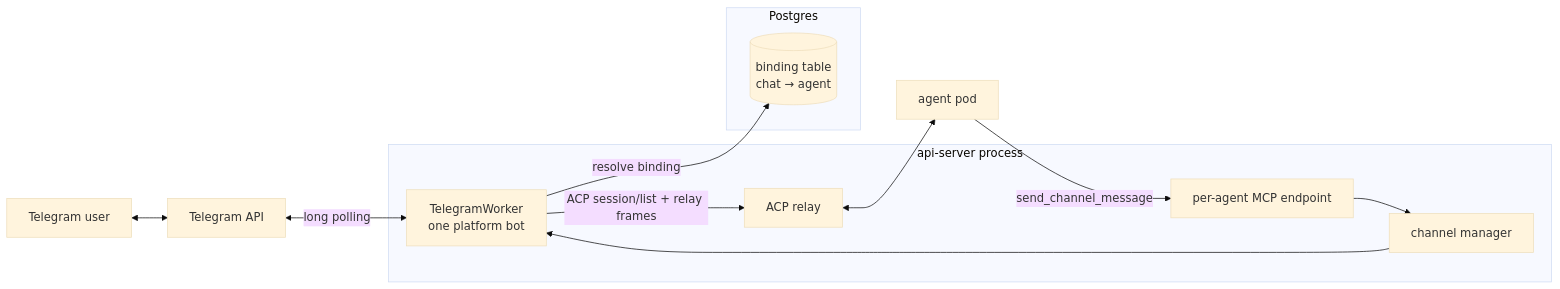
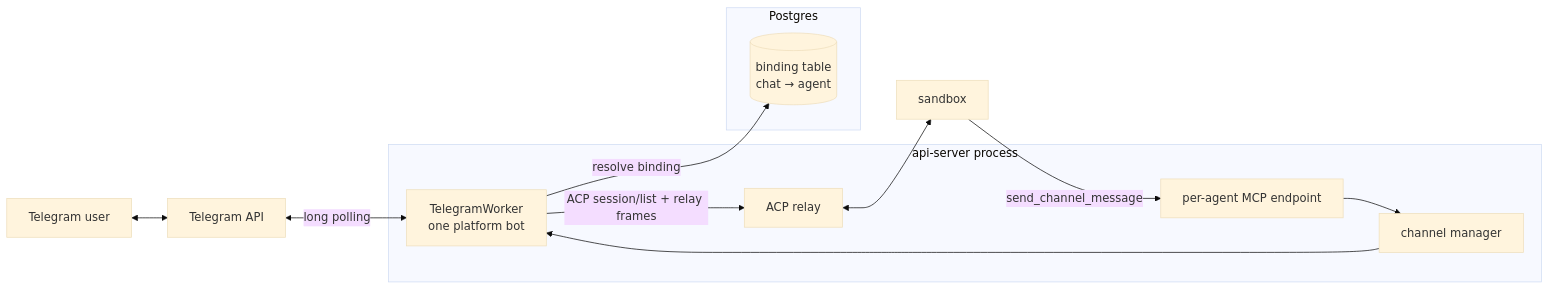
Before and after one commit to dam-agents/dam: the second of 3 diagrams in docs/architecture/channels.md, drawn with Mermaid (base theme). The commit also changed other lines of this file and 217 other files, not shown here.

First line of the commit message:
docs(architecture): describe the node, not the cluster

````diff
--- a/docs/architecture/channels.md
+++ b/docs/architecture/channels.md
@@ -86,27 +86,27 @@
 ```mermaid
 flowchart LR
   TU[Telegram user]
   TAPI[Telegram API]
 
   subgraph api-server[api-server process]
     CM[channel manager]
     TW[TelegramWorker<br/>one platform bot]
     MCP[per-agent MCP endpoint]
     REL[ACP relay]
   end
 
   subgraph DB[Postgres]
     BND[(binding table<br/>chat → agent)]
   end
 
-  POD[agent pod]
+  POD[sandbox]
 
   TU <--> TAPI
   TAPI <-- long polling --> TW
   CM --> TW
   TW -- resolve binding --> BND
   TW -- ACP session/list + relay frames --> REL
   REL <--> POD
   POD -- send_channel_message --> MCP
   MCP --> CM
 ```
````
